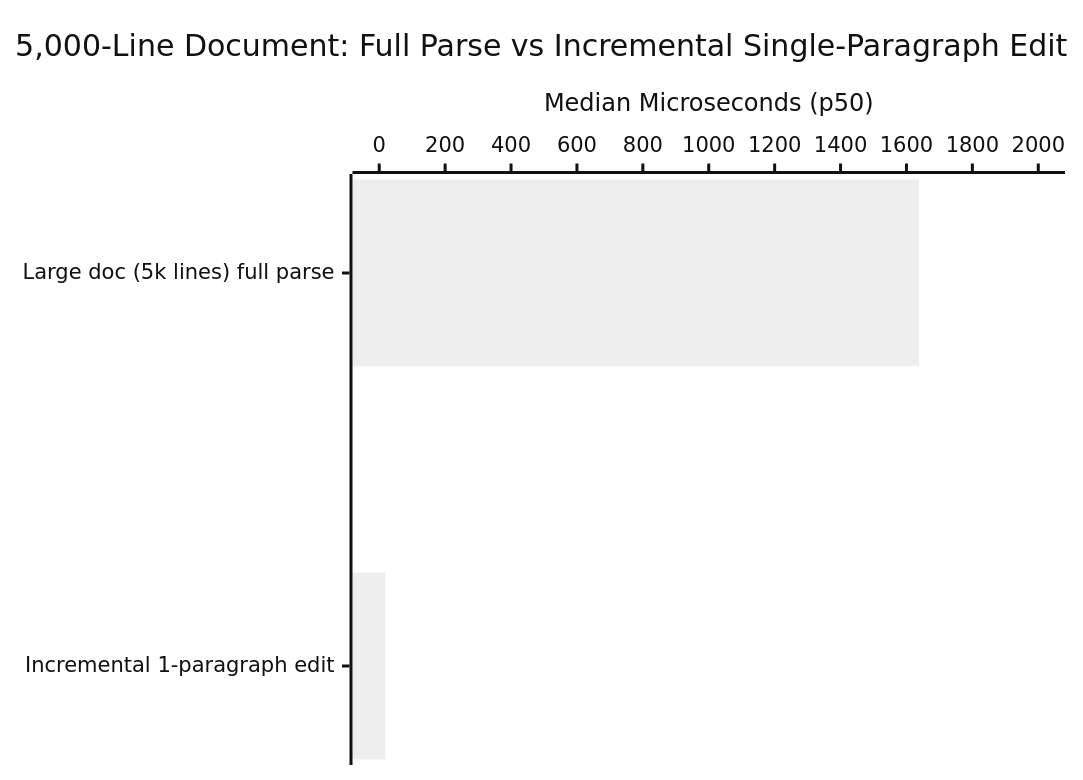
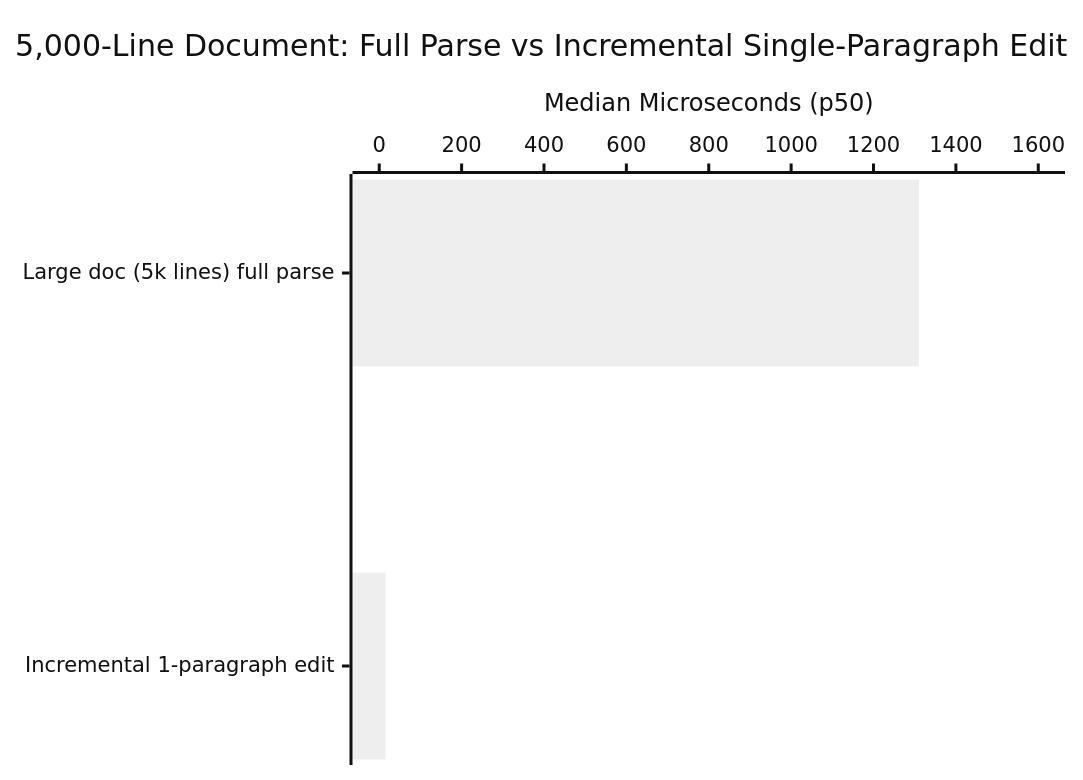
One commit to tkinnis/markdown_engine changed the second of 2 diagrams in doc/BENCHMARKS.md. Above: the diagram before and after it, drawn with Mermaid (neutral theme). The commit also changed other lines of this file and 19 other files, not shown here.

Commit message:
feat(flutter,docs): add configurable persistent Mermaid isolate, hybrid streaming tail canvas, and clean benchmark docs

````diff
--- a/doc/BENCHMARKS.md
+++ b/doc/BENCHMARKS.md
@@ -58,7 +58,7 @@
 ```mermaid
 xychart-beta horizontal
     title "5,000-Line Document: Full Parse vs Incremental Single-Paragraph Edit"
     x-axis ["Large doc (5k lines) full parse", "Incremental 1-paragraph edit"]
-    y-axis "Median Microseconds (p50)" 0 --> 2000
-    bar [1638.00, 18.96]
+    y-axis "Median Microseconds (p50)" 0 --> 1600
+    bar [1310.25, 14.92]
 ```
````
